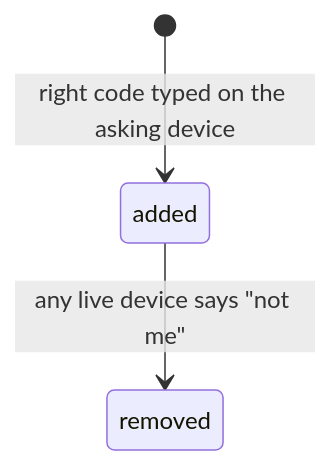
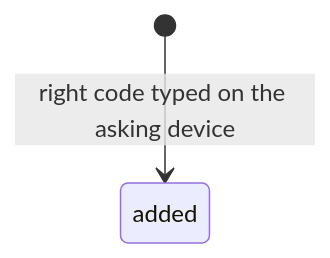
Before and after one commit to usirin/tea-fabrika: the second of 2 diagrams in .decisions/0138-email-recovery-lets-in-at-once.md, drawn with Mermaid. The commit also changed other lines of this file, not shown here.

Commit message:
0138 drops the alert and the undo of its own, a recovered device is a device like any other

````diff
--- a/.decisions/0138-email-recovery-lets-in-at-once.md
+++ b/.decisions/0138-email-recovery-lets-in-at-once.md
@@ -22,5 +22,4 @@
 ```mermaid
 stateDiagram-v2
   [*] --> added: right code typed on the asking device
-  added --> removed: any live device says "not me"
 ```
````
